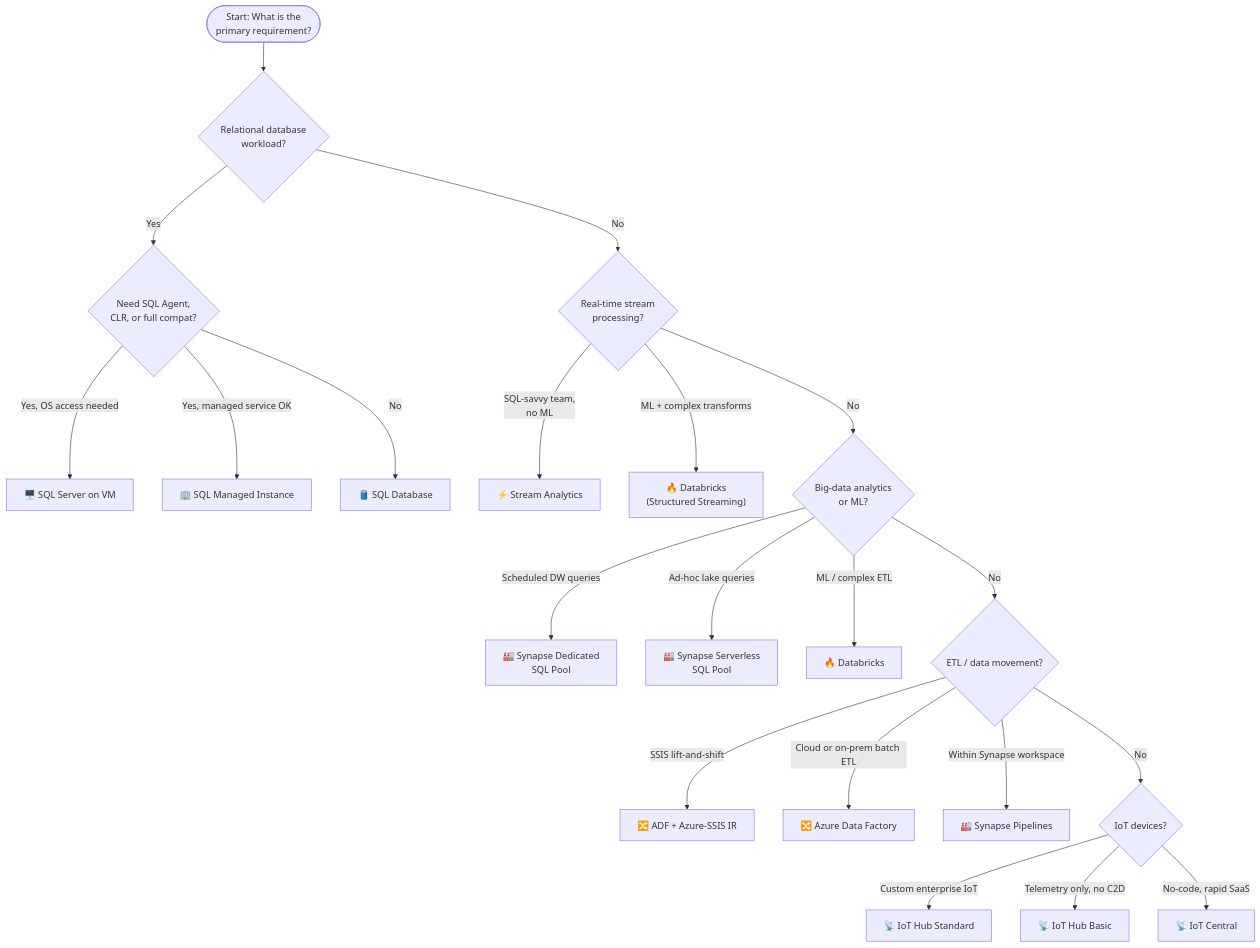
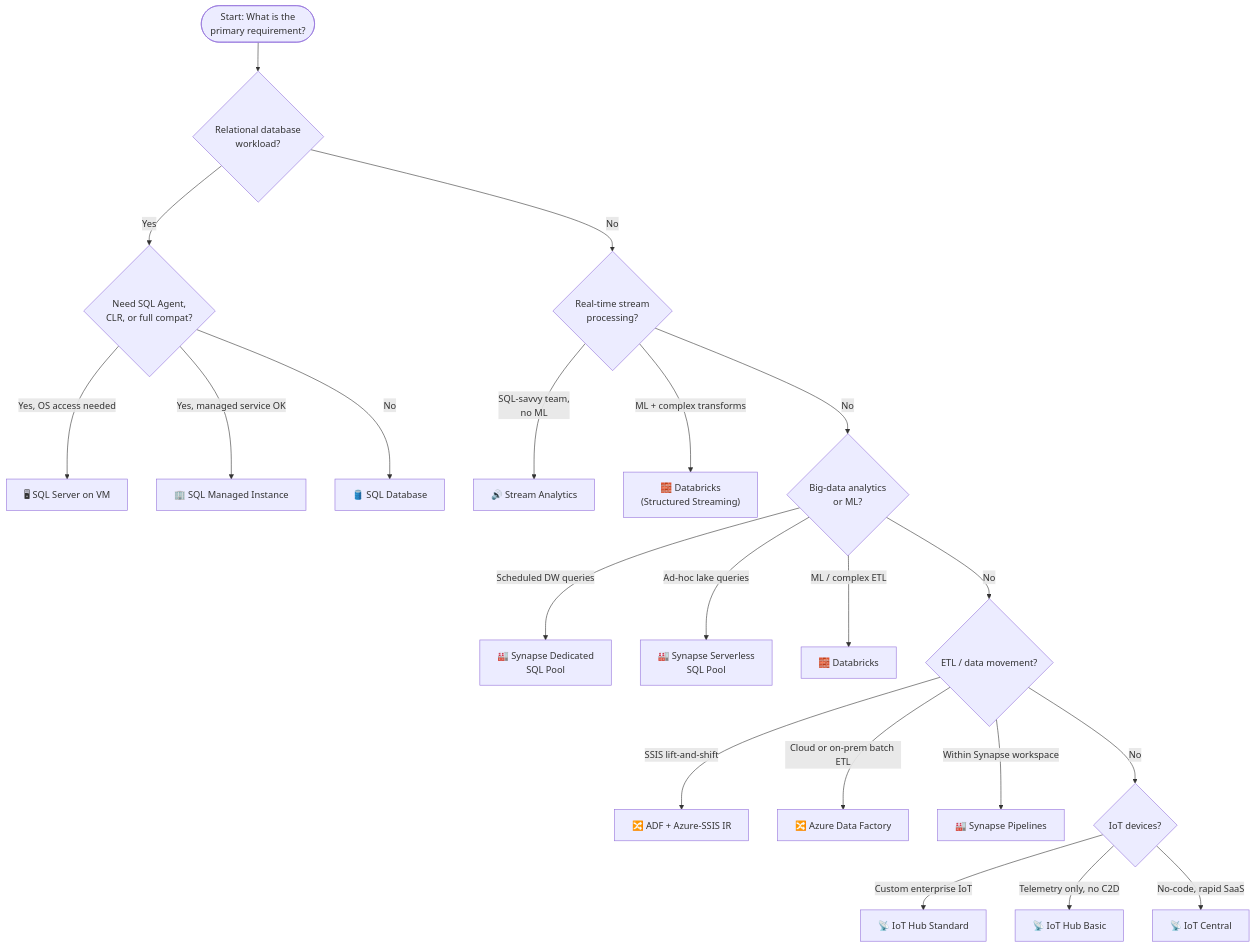
The diagram in 08-exam-caveats-cheatsheet.md (marcogrimaldi29/az-305-data-analytics), drawn with Mermaid before and after one commit. The commit also changed 3 other files, not shown here.

````diff
--- a/08-exam-caveats-cheatsheet.md
+++ b/08-exam-caveats-cheatsheet.md
@@ -202,29 +202,29 @@
 ```mermaid
 flowchart TD
     Start(["Start: What is the\nprimary requirement?"])
 
     Start --> A{"Relational database\nworkload?"}
     A -->|Yes| B{"Need SQL Agent,\nCLR, or full compat?"}
-    B -->|Yes, OS access needed| VM["🖥️ SQL Server on VM"]
+    B -->|Yes, OS access needed| VM["🖥 SQL Server on VM"]
     B -->|Yes, managed service OK| MI["🏢 SQL Managed Instance"]
     B -->|No| DB["🛢️ SQL Database"]
 
     A -->|No| C{"Real-time stream\nprocessing?"}
-    C -->|SQL-savvy team,\nno ML| ASA["⚡ Stream Analytics"]
-    C -->|ML + complex transforms| ADB_S["🔥 Databricks\n(Structured Streaming)"]
+    C -->|SQL-savvy team,\nno ML| ASA["🔊 Stream Analytics"]
+    C -->|ML + complex transforms| ADB_S["🧱 Databricks\n(Structured Streaming)"]
 
     C -->|No| D{"Big-data analytics\nor ML?"}
     D -->|Scheduled DW queries| SYN["🏭 Synapse Dedicated\nSQL Pool"]
     D -->|Ad-hoc lake queries| SRVL["🏭 Synapse Serverless\nSQL Pool"]
-    D -->|ML / complex ETL| ADB["🔥 Databricks"]
+    D -->|ML / complex ETL| ADB["🧱 Databricks"]
 
     D -->|No| E{"ETL / data movement?"}
     E -->|SSIS lift-and-shift| ADF_SSIS["🔀 ADF + Azure-SSIS IR"]
     E -->|Cloud or on-prem batch ETL| ADF["🔀 Azure Data Factory"]
     E -->|Within Synapse workspace| SYNP["🏭 Synapse Pipelines"]
 
     E -->|No| F{"IoT devices?"}
     F -->|Custom enterprise IoT| HUB["📡 IoT Hub Standard"]
     F -->|Telemetry only, no C2D| HUBB["📡 IoT Hub Basic"]
     F -->|No-code, rapid SaaS| CENT["📡 IoT Central"]
 ```
````
